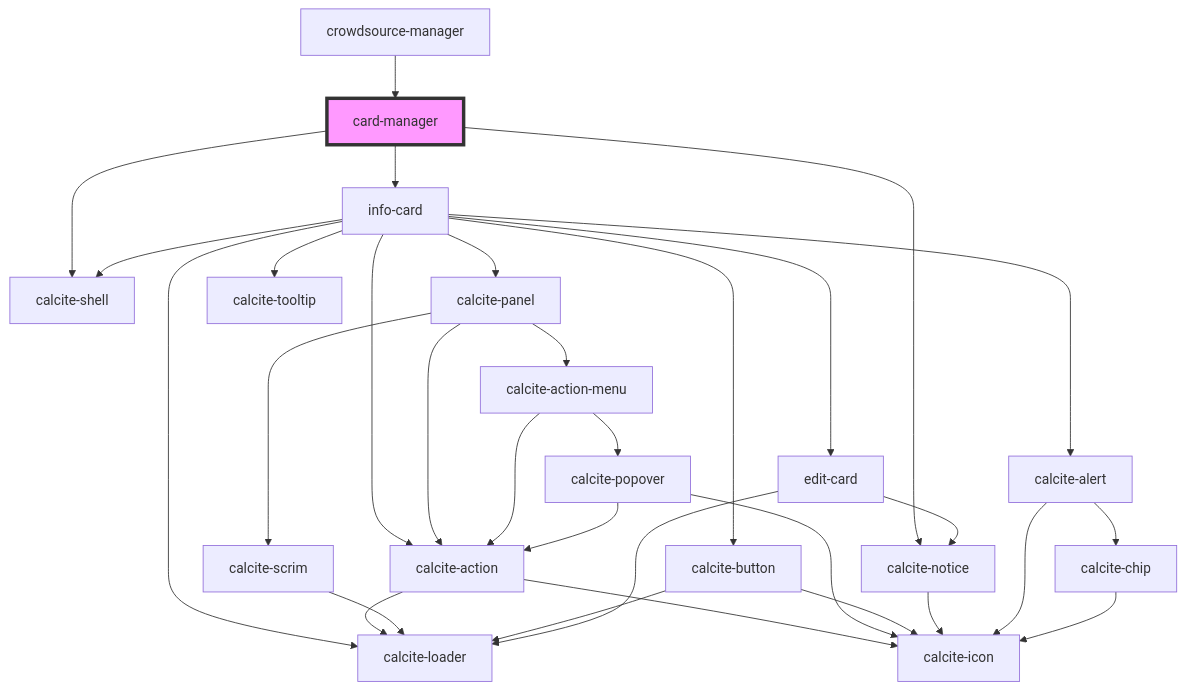
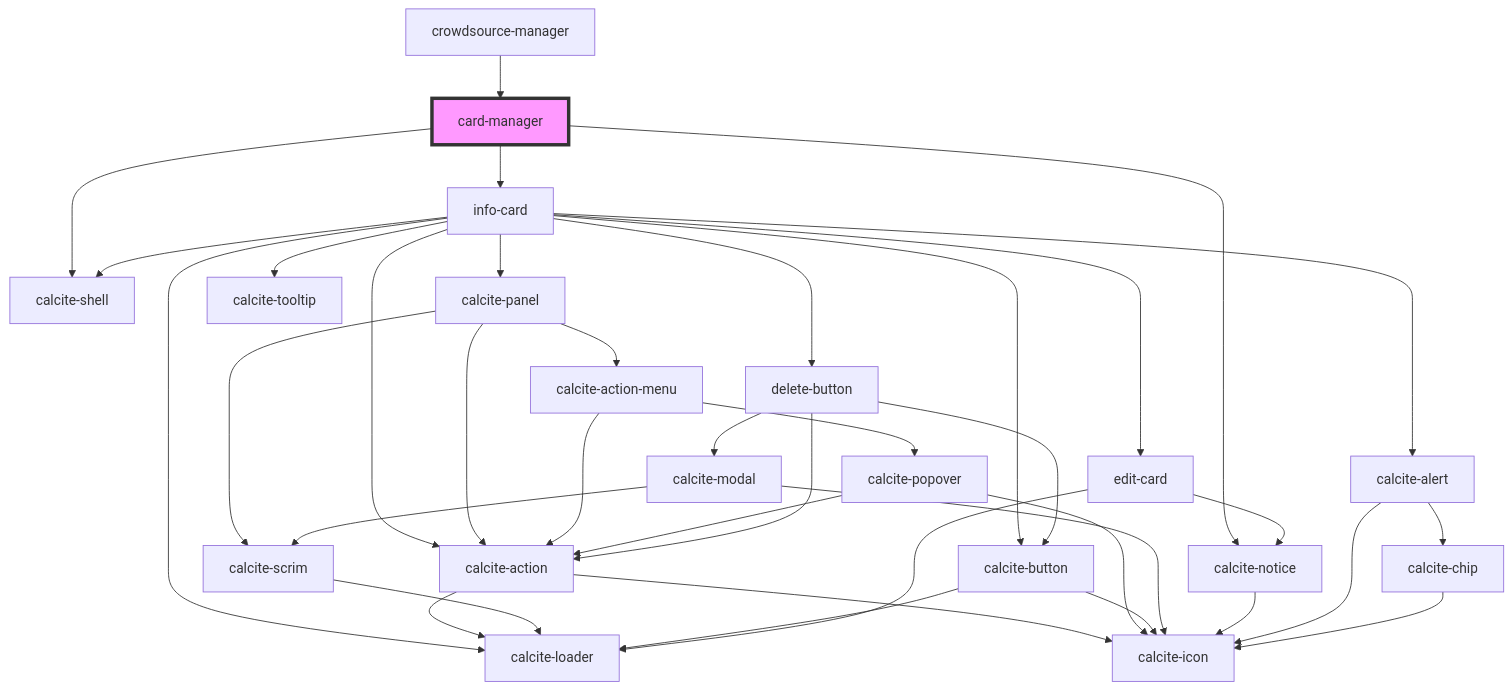
Before and after one commit to Esri/solutions-components: the diagram in src/components/card-manager/readme.md, drawn with Mermaid. The commit also changed 17 other files, not shown here.

Commit message:
add delete button

````diff
--- a/src/components/card-manager/readme.md
+++ b/src/components/card-manager/readme.md
@@ -31,34 +31,40 @@
 ```mermaid
 graph TD;
   card-manager --> calcite-shell
   card-manager --> info-card
   card-manager --> calcite-notice
   info-card --> calcite-panel
   info-card --> calcite-action
   info-card --> calcite-shell
   info-card --> calcite-loader
   info-card --> calcite-button
+  info-card --> delete-button
   info-card --> calcite-tooltip
   info-card --> edit-card
   info-card --> calcite-alert
   calcite-panel --> calcite-action
   calcite-panel --> calcite-action-menu
   calcite-panel --> calcite-scrim
   calcite-action --> calcite-loader
   calcite-action --> calcite-icon
   calcite-action-menu --> calcite-action
   calcite-action-menu --> calcite-popover
   calcite-popover --> calcite-action
   calcite-popover --> calcite-icon
   calcite-scrim --> calcite-loader
   calcite-button --> calcite-loader
   calcite-button --> calcite-icon
+  delete-button --> calcite-button
+  delete-button --> calcite-action
+  delete-button --> calcite-modal
+  calcite-modal --> calcite-scrim
+  calcite-modal --> calcite-icon
   edit-card --> calcite-notice
   edit-card --> calcite-loader
   calcite-notice --> calcite-icon
   calcite-alert --> calcite-icon
   calcite-alert --> calcite-chip
   calcite-chip --> calcite-icon
   crowdsource-manager --> card-manager
   style card-manager fill:#f9f,stroke:#333,stroke-width:4px
 ```
````
